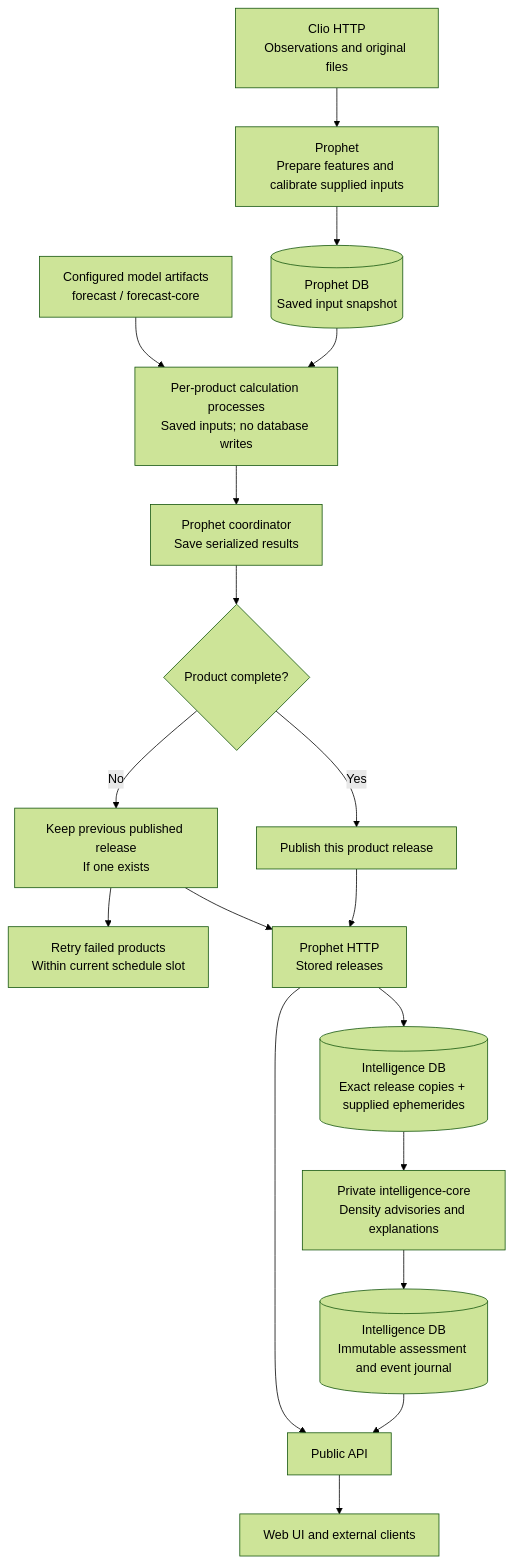
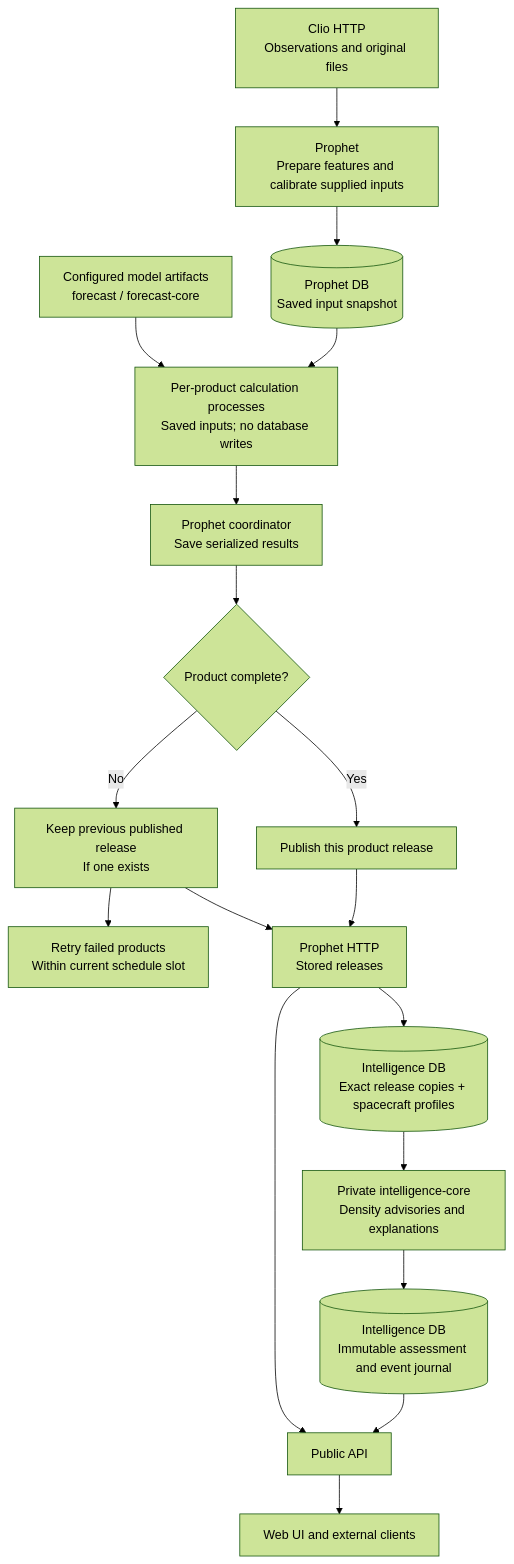
Before and after one commit to a-kryvenko/argus: the diagram in docs/architecture/flows/forecast-release.md, drawn with Mermaid (forest theme). The commit also changed 67 other files, not shown here.

````diff
--- a/docs/architecture/flows/forecast-release.md
+++ b/docs/architecture/flows/forecast-release.md
@@ -8,20 +8,20 @@
 ```mermaid
 flowchart TD
     observations["Clio HTTP<br/>Observations and original files"] --> prepare["Prophet<br/>Prepare features and calibrate supplied inputs"]
     prepare --> snapshot[("Prophet DB<br/>Saved input snapshot")]
     snapshot --> calculate["Per-product calculation processes<br/>Saved inputs; no database writes"]
     models["Configured model artifacts<br/>forecast / forecast-core"] --> calculate
     calculate --> save["Prophet coordinator<br/>Save serialized results"]
     save --> complete{"Product complete?"}
     complete -->|Yes| publish["Publish this product release"]
     complete -->|No| previous["Keep previous published release<br/>If one exists"]
     previous --> retry["Retry failed products<br/>Within current schedule slot"]
     publish --> http["Prophet HTTP<br/>Stored releases"]
     previous --> http
-    http --> retained[("Intelligence DB<br/>Exact release copies + supplied ephemerides")]
+    http --> retained[("Intelligence DB<br/>Exact release copies + spacecraft profiles")]
     retained --> risk["Private intelligence-core<br/>Density advisories and explanations"]
     risk --> journal[("Intelligence DB<br/>Immutable assessment and event journal")]
     journal --> api["Public API"]
     http --> api
     api --> clients["Web UI and external clients"]
 ```
````
